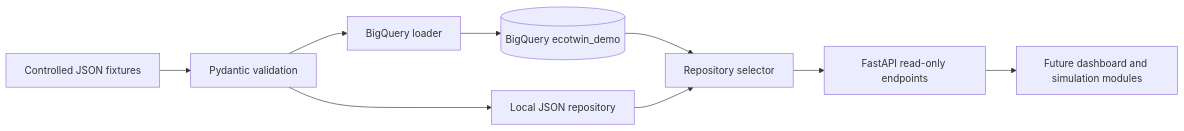
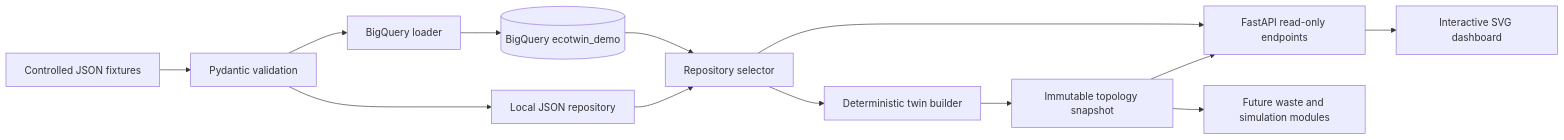
Before and after one commit to Akkimdivya/ecotwin-sustainability-digital-twin: the diagram in docs/architecture.md, drawn with Mermaid. The commit also changed other lines of this file and 14 other files, not shown here.

Commit message:
build interactive infrastructure digital twin

````diff
--- a/docs/architecture.md
+++ b/docs/architecture.md
@@ -5,11 +5,15 @@
 ```mermaid
 flowchart LR
     A[Controlled JSON fixtures] --> V[Pydantic validation]
     V --> L[Local JSON repository]
     V --> X[BigQuery loader]
     X --> B[(BigQuery ecotwin_demo)]
     B --> R[Repository selector]
     L --> R
     R --> F[FastAPI read-only endpoints]
-    F --> U[Future dashboard and simulation modules]
+    R --> T[Deterministic twin builder]
+    T --> S[Immutable topology snapshot]
+    S --> F
+    F --> U[Interactive SVG dashboard]
+    S --> N[Future waste and simulation modules]
 ```
````
